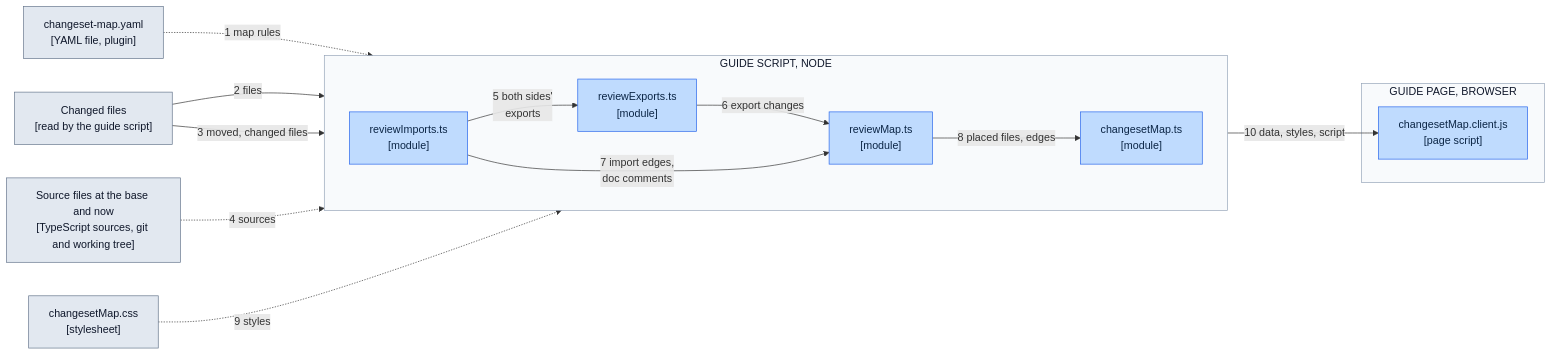
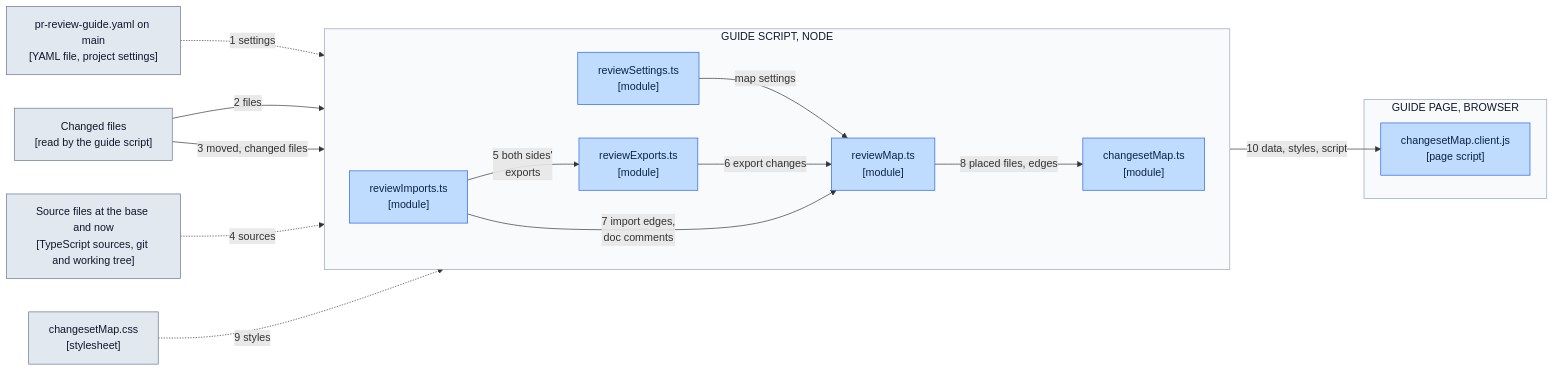
Before and after one commit to cfisch3r/estimate: the seventh of 7 diagrams in docs/technical/pr-review-catalogue.md, drawn with Mermaid. The commit also changed other lines of this file and 12 other files, not shown here.

First line of the commit message:
feat(pr-review-guide): read the project settings from pr-review-guide.yaml (#224)

````diff
--- a/docs/technical/pr-review-catalogue.md
+++ b/docs/technical/pr-review-catalogue.md
@@ -393,35 +395,37 @@
 ```mermaid
 flowchart LR
-  Cfg["changeset-map.yaml<br/>[YAML file, plugin]"]
+  Cfg["pr-review-guide.yaml on main<br/>[YAML file, project settings]"]
   Changed["Changed files<br/>[read by the guide script]"]
   Src["Source files at the base and now<br/>[TypeScript sources, git and working tree]"]
   Css["changesetMap.css<br/>[stylesheet]"]
   subgraph NODE["GUIDE SCRIPT, NODE"]
     direction LR
+    Settings["reviewSettings.ts<br/>[module]"]
     Imports["reviewImports.ts<br/>[module]"]
     Exports["reviewExports.ts<br/>[module]"]
     Place["reviewMap.ts<br/>[module]"]
     Render["changesetMap.ts<br/>[module]"]
   end
   subgraph BROWSER["GUIDE PAGE, BROWSER"]
     Client["changesetMap.client.js<br/>[page script]"]
   end
-  Cfg -.->|"1 map rules"| Place
+  Cfg -.->|"1 settings"| Settings
+  Settings -->|"map settings"| Place
   Changed -->|"2 files"| Place
   Changed -->|"3 moved, changed files"| Imports
   Src -.->|"4 sources"| Imports
   Imports -->|"5 both sides'<br/>exports"| Exports
   Exports -->|"6 export changes"| Place
   Imports -->|"7 import edges,<br/>doc comments"| Place
   Place -->|"8 placed files, edges"| Render
   Css -.->|"9 styles"| Render
   Render -->|"10 data, styles, script"| Client
 
   classDef script fill:#BFDBFE,stroke:#2563EB,color:#0B2545
   classDef data fill:#E2E8F0,stroke:#64748B,color:#0F172A
 
-  class Imports,Exports,Place,Render,Client script
+  class Settings,Imports,Exports,Place,Render,Client script
   class Cfg,Changed,Src,Css data
   style NODE fill:#F8FAFC,stroke:#94A3B8,color:#0F172A
   style BROWSER fill:#F8FAFC,stroke:#94A3B8,color:#0F172A
 ```
````
